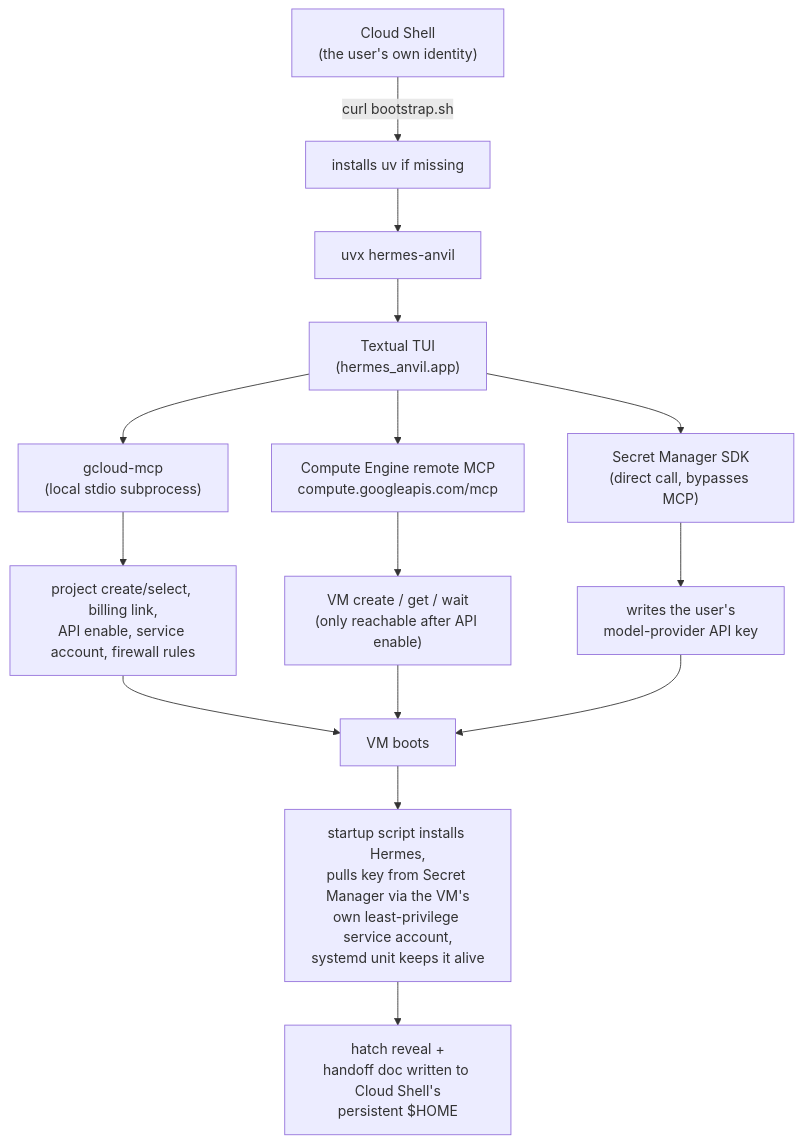
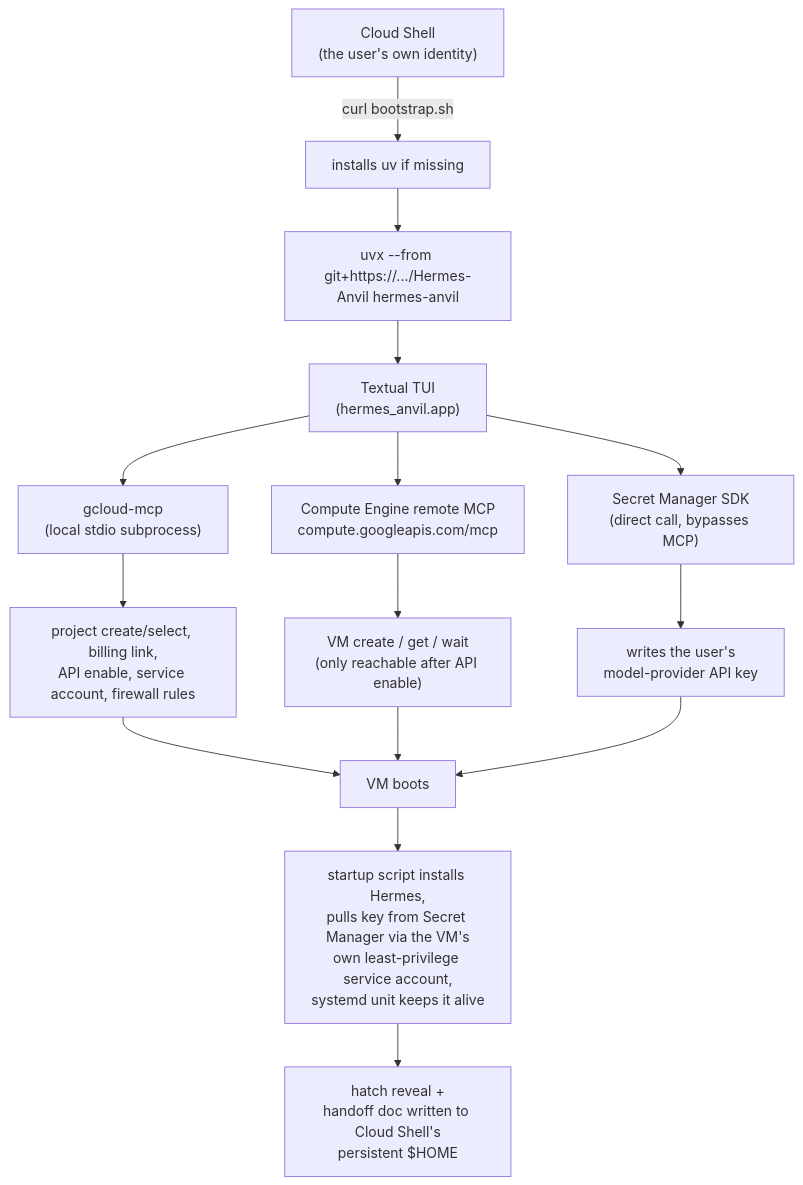
The first of 2 diagrams in docs/architecture.md (frieddeli/Hermes-Anvil), drawn with Mermaid before and after one commit. The commit also changed other lines of this file and 2 other files, not shown here.

Commit message:
Fix bootstrap.sh: switch to git+https, since PyPI publish never happened
Real-world failure from an actual Cloud Shell run: uvx hermes-anvil
failed immediately with "hermes-anvil was not found in the package
registry" because nothing's on PyPI. Switched bootstrap.sh to
uvx --from git+https://github.com/frieddeli/Hermes-Anvil hermes-anvil
and verified locally that it builds and installs cleanly from the
pushed repo. This resolves the previously-open PyPI-vs-git+https
distribution decision by necessity.

````diff
--- a/docs/architecture.md
+++ b/docs/architecture.md
@@ -13,21 +13,21 @@
 ```mermaid
 flowchart TD
     A["Cloud Shell<br/>(the user's own identity)"] -->|"curl bootstrap.sh"| B["installs uv if missing"]
-    B --> C["uvx hermes-anvil"]
+    B --> C["uvx --from git+https://.../Hermes-Anvil hermes-anvil"]
     C --> D["Textual TUI<br/>(hermes_anvil.app)"]
 
     D --> E["gcloud-mcp<br/>(local stdio subprocess)"]
     D --> F["Compute Engine remote MCP<br/>compute.googleapis.com/mcp"]
     D --> G["Secret Manager SDK<br/>(direct call, bypasses MCP)"]
 
     E --> E1["project create/select, billing link,<br/>API enable, service account, firewall rules"]
     F --> F1["VM create / get / wait<br/>(only reachable after API enable)"]
     G --> G1["writes the user's<br/>model-provider API key"]
 
     E1 --> H["VM boots"]
     F1 --> H
     G1 --> H
 
     H --> I["startup script installs Hermes,<br/>pulls key from Secret Manager via the VM's<br/>own least-privilege service account,<br/>systemd unit keeps it alive"]
     I --> J["hatch reveal +<br/>handoff doc written to Cloud Shell's<br/>persistent $HOME"]
 ```
````
